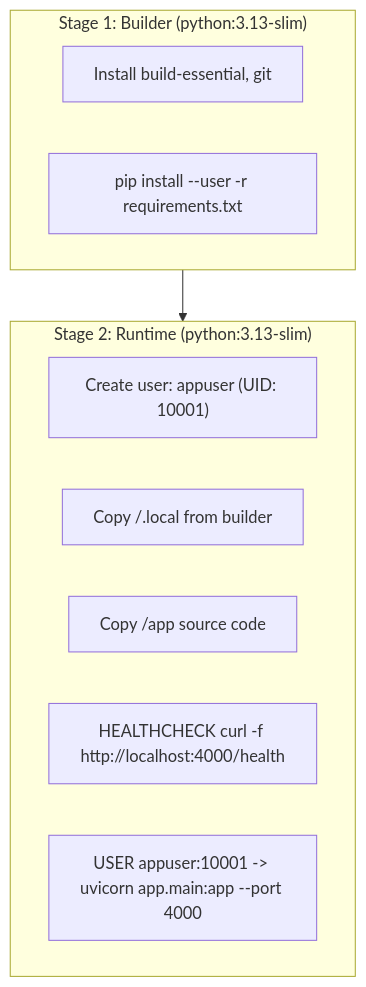
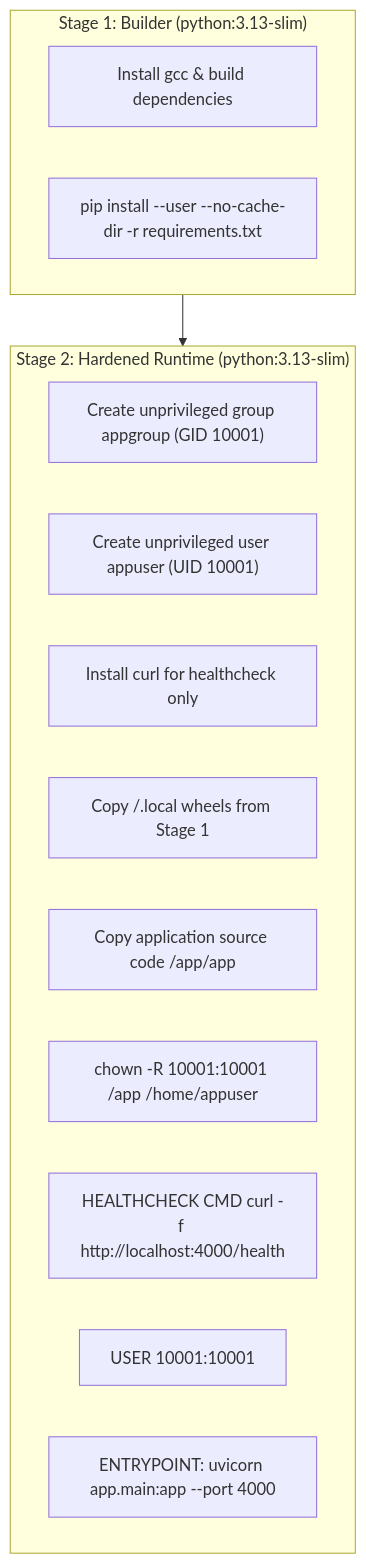
Before and after one commit to piyushmakhija28/ai-link-analysis: the diagram in docs/devops/01-container-architecture.md, drawn with Mermaid. The commit also changed other lines of this file and 2 other files, not shown here.

First line of the commit message:
docs(devops): elevate container architecture, ci-cd quality pipeline, and render blueprint to 10/10 ai-native standard

````diff
--- a/docs/devops/01-container-architecture.md
+++ b/docs/devops/01-container-architecture.md
@@ -18,17 +23,21 @@
 ```mermaid
 graph TD
     subgraph BuildStage["Stage 1: Builder (python:3.13-slim)"]
-        Base["Install build-essential, git"]
-        Wheels["pip install --user -r requirements.txt"]
+        B1["Install gcc & build dependencies"]
+        B2["pip install --user --no-cache-dir -r requirements.txt"]
     end
 
-    subgraph RuntimeStage["Stage 2: Runtime (python:3.13-slim)"]
-        User["Create user: appuser (UID: 10001)"]
-        CopyWheels["Copy /.local from builder"]
-        CopyApp["Copy /app source code"]
-        Health["HEALTHCHECK curl -f http://localhost:4000/health"]
-        Run["USER appuser:10001 -> uvicorn app.main:app --port 4000"]
+    subgraph RuntimeStage["Stage 2: Hardened Runtime (python:3.13-slim)"]
+        R1["Create unprivileged group appgroup (GID 10001)"]
+        R2["Create unprivileged user appuser (UID 10001)"]
+        R3["Install curl for healthcheck only"]
+        R4["Copy /.local wheels from Stage 1"]
+        R5["Copy application source code /app/app"]
+        R6["chown -R 10001:10001 /app /home/appuser"]
+        R7["HEALTHCHECK CMD curl -f http://localhost:4000/health"]
+        R8["USER 10001:10001"]
+        R9["ENTRYPOINT: uvicorn app.main:app --port 4000"]
     end
 
     BuildStage --> RuntimeStage
 ```
````
